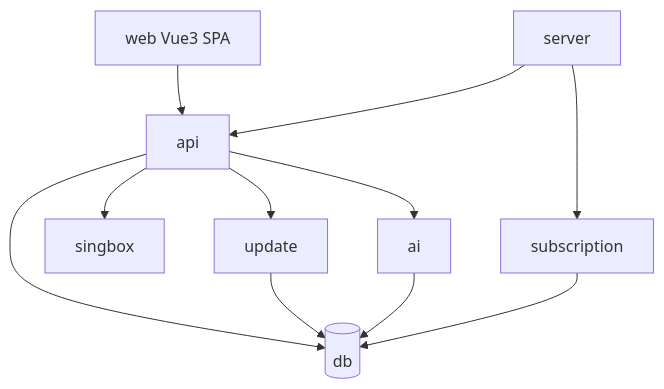
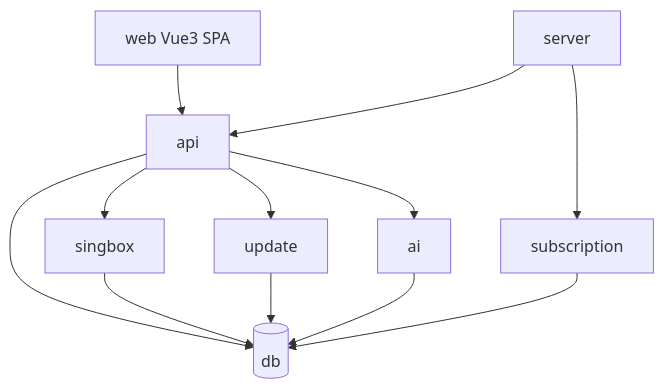
The diagram in .agents/docs/CODE-MAP.md (HodgeWen/proxy-ui), drawn with Mermaid before and after one commit. The commit also changed other lines of this file and 15 other files, not shown here.

````diff
--- a/.agents/docs/CODE-MAP.md
+++ b/.agents/docs/CODE-MAP.md
@@ -50,13 +50,14 @@
 ```mermaid
 graph TD
     web[web Vue3 SPA] --> api[api]
     api --> db[(db)]
     api --> singbox[singbox]
     api --> update[update]
     api --> ai[ai]
+    singbox --> db
     update --> db
     subscription[subscription] --> db
     ai --> db
     server[server] --> api
     server --> subscription
 ```
````
